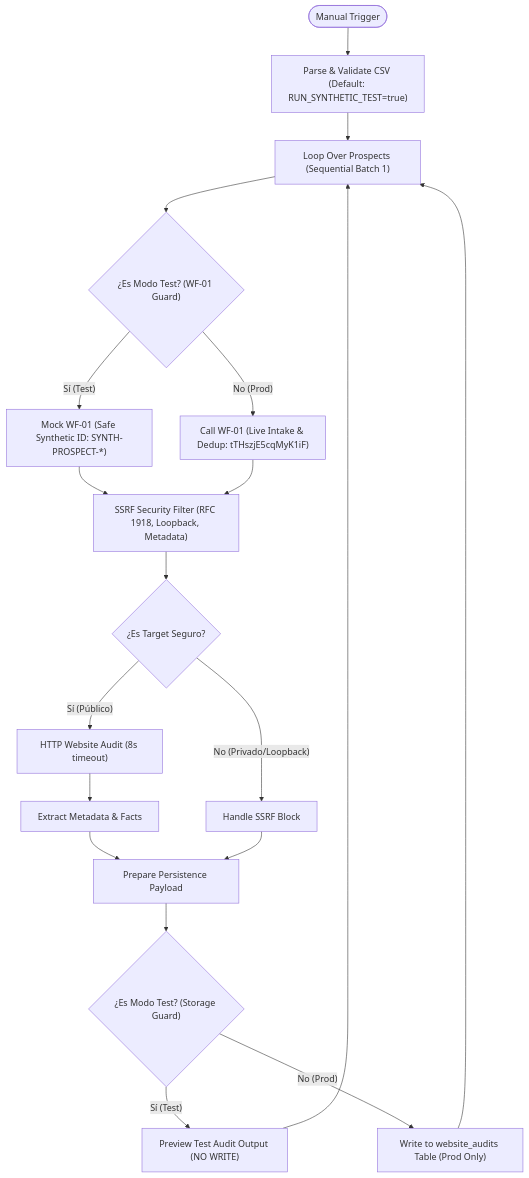
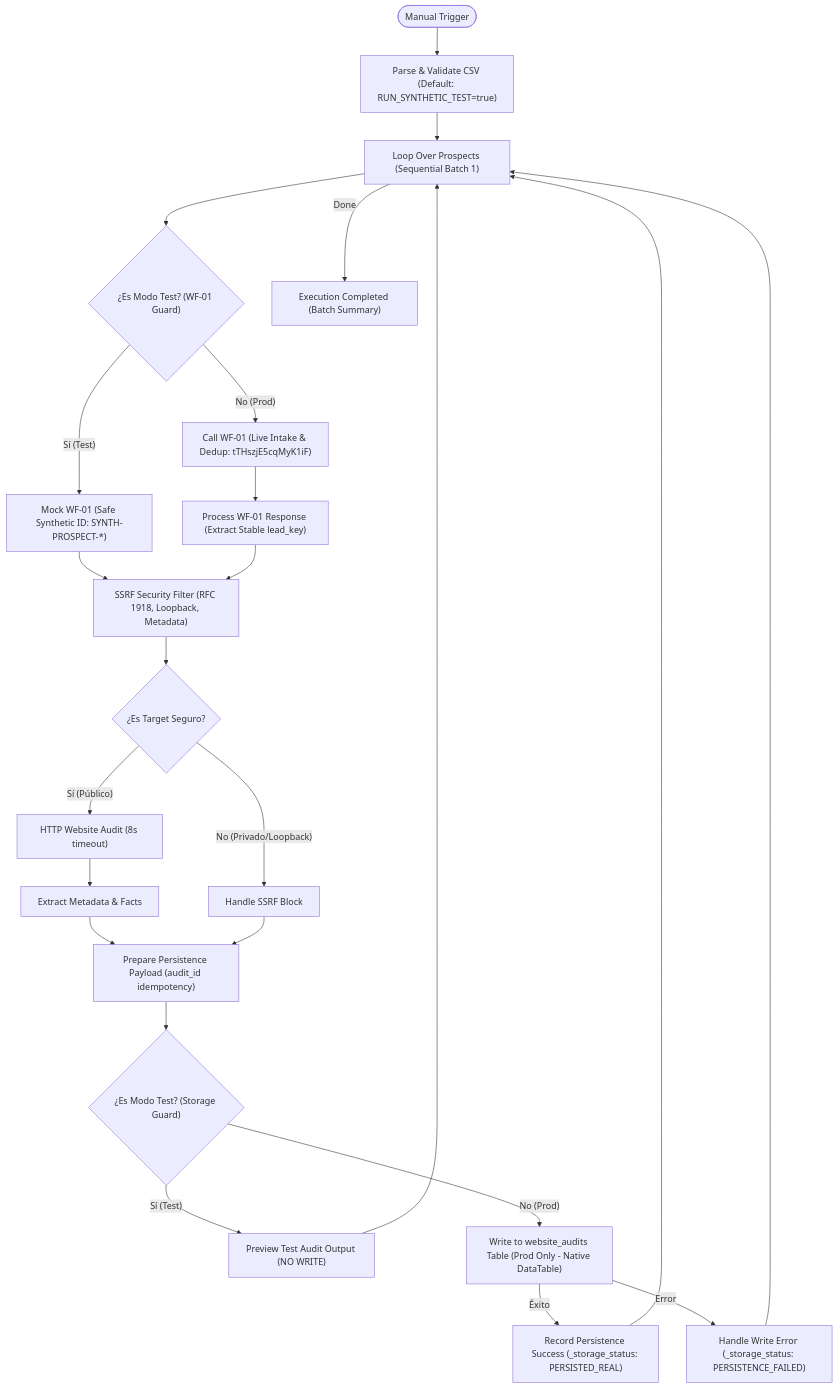
The diagram in docs/ARCHITECTURE_WF-02.md (jerepe244-coder/my-project-4), drawn with Mermaid before and after one commit. The commit also changed other lines of this file and 7 other files, not shown here.

````diff
--- a/docs/ARCHITECTURE_WF-02.md
+++ b/docs/ARCHITECTURE_WF-02.md
@@ -15,33 +16,40 @@
 ```mermaid
 flowchart TD
     Start(["Manual Trigger"]) --> NodeParse["Parse & Validate CSV (Default: RUN_SYNTHETIC_TEST=true)"]
     NodeParse --> Loop["Loop Over Prospects (Sequential Batch 1)"]
     Loop --> GuardWF01{"¿Es Modo Test? (WF-01 Guard)"}
     
     %% Ramas de WF-01
     GuardWF01 -- "Sí (Test)" --> MockWF01["Mock WF-01 (Safe Synthetic ID: SYNTH-PROSPECT-*)"]
     GuardWF01 -- "No (Prod)" --> CallWF01["Call WF-01 (Live Intake & Dedup: tTHszjE5cqMyK1iF)"]
+    CallWF01 --> ProcessWF01["Process WF-01 Response (Extract Stable lead_key)"]
     
     %% Convergencia obligatoria en filtro SSRF
     MockWF01 --> SSRF["SSRF Security Filter (RFC 1918, Loopback, Metadata)"]
-    CallWF01 --> SSRF
+    ProcessWF01 --> SSRF
     
     %% Auditoría HTTP
     SSRF --> CheckSafe{"¿Es Target Seguro?"}
     CheckSafe -- "Sí (Público)" --> AuditHTTP["HTTP Website Audit (8s timeout)"]
     CheckSafe -- "No (Privado/Loopback)" --> SSRFBlock["Handle SSRF Block"]
     AuditHTTP --> ExtractFacts["Extract Metadata & Facts"]
     
     %% Preparación de Payload
-    ExtractFacts --> PersistPayload["Prepare Persistence Payload"]
+    ExtractFacts --> PersistPayload["Prepare Persistence Payload (audit_id idempotency)"]
     SSRFBlock --> PersistPayload
     
     %% Guard de Persistencia
     PersistPayload --> GuardStorage{"¿Es Modo Test? (Storage Guard)"}
     GuardStorage -- "Sí (Test)" --> PreviewOnly["Preview Test Audit Output (NO WRITE)"]
-    GuardStorage -- "No (Prod)" --> WriteTable["Write to website_audits Table (Prod Only)"]
+    GuardStorage -- "No (Prod)" --> WriteTable["Write to website_audits Table (Prod Only - Native DataTable)"]
+    
+    %% Bifurcación de Escritura Real
+    WriteTable -- "Éxito" --> RecordSuccess["Record Persistence Success (_storage_status: PERSISTED_REAL)"]
+    WriteTable -- "Error" --> HandleWriteError["Handle Write Error (_storage_status: PERSISTENCE_FAILED)"]
     
     %% Bucle secuencial
     PreviewOnly --> Loop
-    WriteTable --> Loop
+    RecordSuccess --> Loop
+    HandleWriteError --> Loop
+    Loop -- "Done" --> ExecutionCompleted["Execution Completed (Batch Summary)"]
 ```
````
